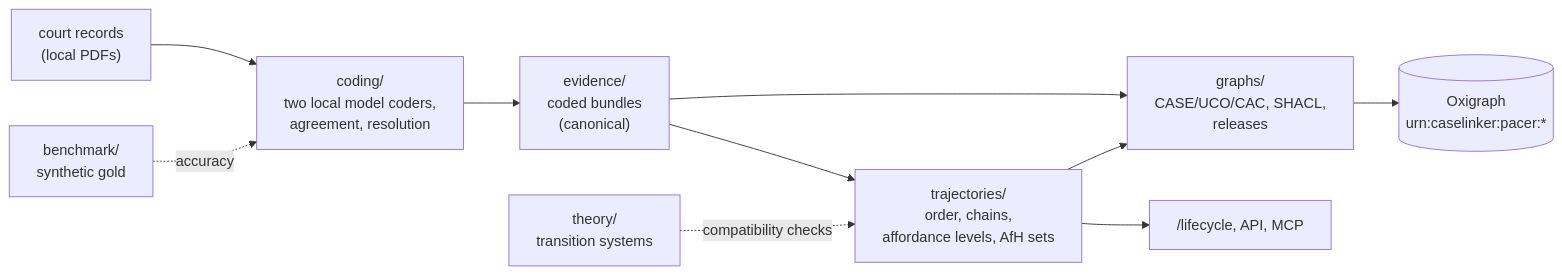
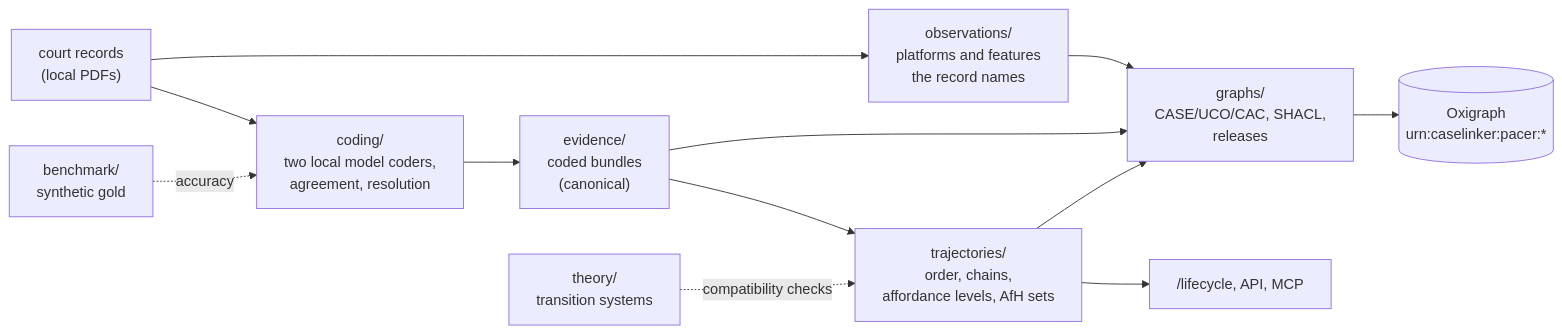
One commit to mrinaalr/CaseLinker changed the diagram in state_machines/README.md. Above: the diagram before and after it, drawn with Mermaid. The commit also changed other lines of this file and 202 other files, not shown here.

First line of the commit message:
release pacer-v2: pacer-v1 bundles plus observation graphs, level queries, clt audit and docs

````diff
--- a/state_machines/README.md
+++ b/state_machines/README.md
@@ -17,12 +18,14 @@
 ```mermaid
 flowchart LR
   pdf["court records<br/>(local PDFs)"] --> coding["coding/<br/>two local model coders,<br/>agreement, resolution"]
   bench["benchmark/<br/>synthetic gold"] -. "accuracy" .-> coding
   coding --> evidence["evidence/<br/>coded bundles<br/>(canonical)"]
+  pdf --> obs["observations/<br/>platforms and features<br/>the record names"]
+  obs --> graphs
   evidence --> traj["trajectories/<br/>order, chains,<br/>affordance levels, AfH sets"]
   evidence --> graphs["graphs/<br/>CASE/UCO/CAC, SHACL,<br/>releases"]
   traj --> graphs
   graphs --> ox[("Oxigraph<br/>urn:caselinker:pacer:*")]
   traj --> ui["/lifecycle, API, MCP"]
   theory["theory/<br/>transition systems"] -. "compatibility checks" .-> traj
 ```
````
